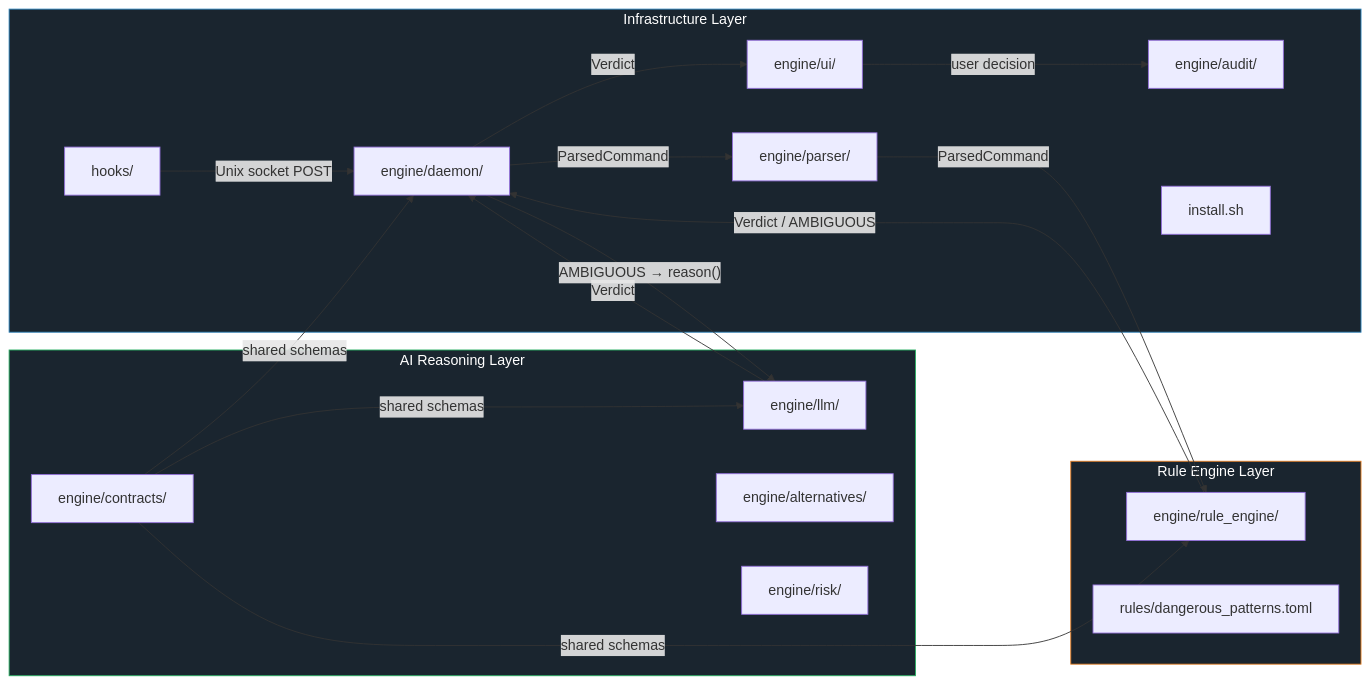
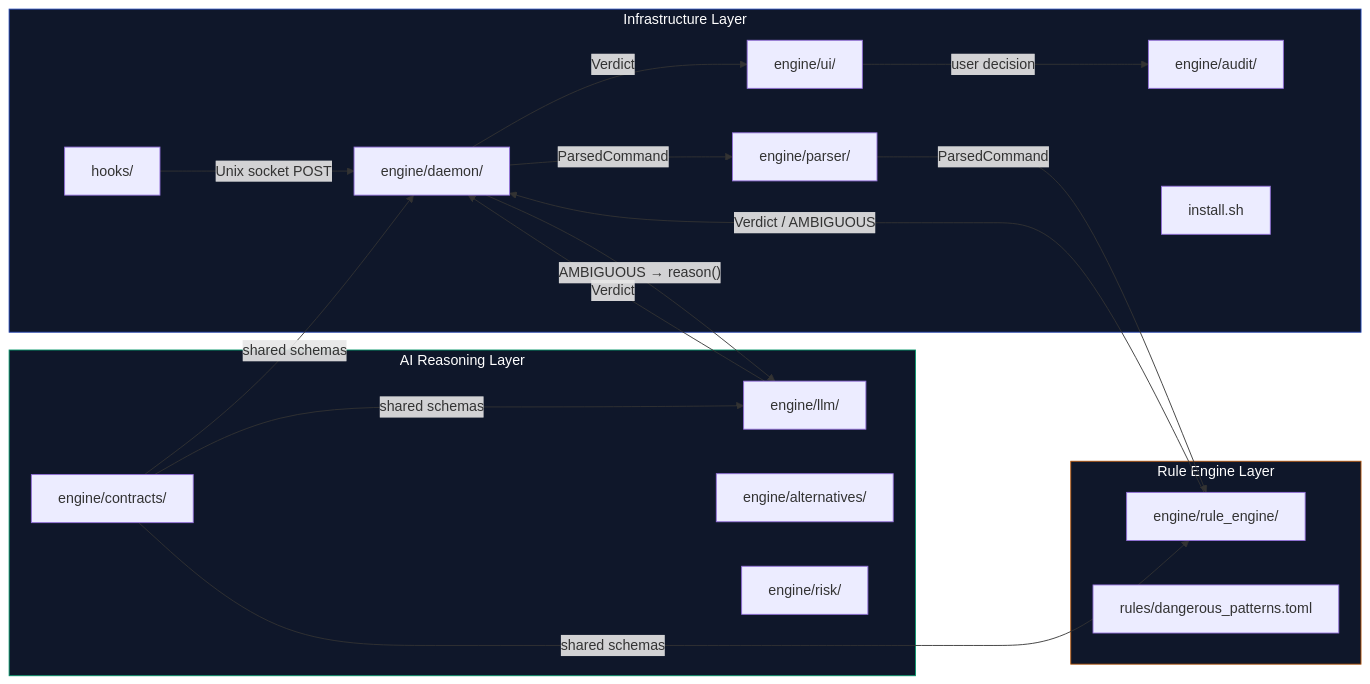
One commit to OliveishPraveen/AI-Based-System-Intent-Engine changed the seventh of 9 diagrams in docs/ARCHITECTURE.md. Above: the diagram before and after it, drawn with Mermaid. The commit also changed other lines of this file and 2 other files, not shown here.

Commit message:
docs: Fix mermaid gantt chart parsing and improve color aesthetics

````diff
--- a/docs/ARCHITECTURE.md
+++ b/docs/ARCHITECTURE.md
@@ -231,39 +231,39 @@
 ```mermaid
 graph LR
     subgraph Infra["Infrastructure Layer"]
         H1["engine/daemon/"]
         H2["engine/parser/"]
         H3["engine/ui/"]
         H4["engine/audit/"]
         H5["hooks/"]
         H6["install.sh"]
     end
 
     subgraph Rules["Rule Engine Layer"]
         P1["engine/rule_engine/"]
         P2["rules/dangerous_patterns.toml"]
     end
 
     subgraph AI["AI Reasoning Layer"]
         V1["engine/llm/"]
         V2["engine/alternatives/"]
         V3["engine/risk/"]
         V4["engine/contracts/"]
     end
 
     H5 -->|"Unix socket POST"| H1
     H1 -->|"ParsedCommand"| H2
     H2 -->|"ParsedCommand"| P1
     P1 -->|"Verdict / AMBIGUOUS"| H1
     H1 -->|"AMBIGUOUS → reason()"| V1
     V1 -->|"Verdict"| H1
     H1 -->|"Verdict"| H3
     H3 -->|"user decision"| H4
     V4 -->|"shared schemas"| H1
     V4 -->|"shared schemas"| P1
     V4 -->|"shared schemas"| V1
 
-    style Infra fill:#1a252f,color:#fff,stroke:#2980b9
-    style Rules fill:#1a252f,color:#fff,stroke:#e67e22
-    style AI fill:#1a252f,color:#fff,stroke:#27ae60
+    style Infra fill:#0f172a,color:#fff,stroke:#1e40af
+    style Rules fill:#0f172a,color:#fff,stroke:#b45309
+    style AI fill:#0f172a,color:#fff,stroke:#059669
 ```
````
